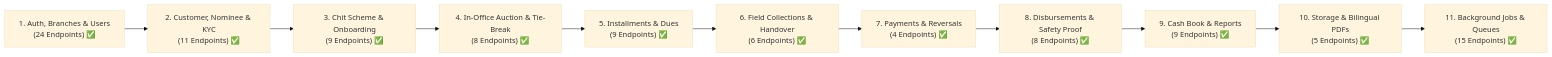
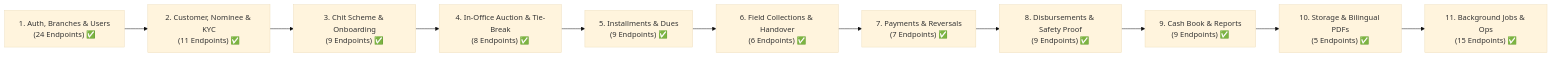
Before and after one commit to Kathir-24/Kumaran-finance: the second of 2 diagrams in apps/api/scripts/docs/master-live-server-e2e-verification-plan.md, drawn with Mermaid (base theme). The commit also changed other lines of this file and 4 other files, not shown here.

````diff
--- a/apps/api/scripts/docs/master-live-server-e2e-verification-plan.md
+++ b/apps/api/scripts/docs/master-live-server-e2e-verification-plan.md
@@ -68,13 +59,13 @@
 ```mermaid
 flowchart LR
     S1["1. Auth, Branches & Users\n(24 Endpoints) ✅"] --> S2["2. Customer, Nominee & KYC\n(11 Endpoints) ✅"]
     S2 --> S3["3. Chit Scheme & Onboarding\n(9 Endpoints) ✅"]
     S3 --> S4["4. In-Office Auction & Tie-Break\n(8 Endpoints) ✅"]
     S4 --> S5["5. Installments & Dues\n(9 Endpoints) ✅"]
     S5 --> S6["6. Field Collections & Handover\n(6 Endpoints) ✅"]
-    S6 --> S7["7. Payments & Reversals\n(4 Endpoints) ✅"]
-    S7 --> S8["8. Disbursements & Safety Proof\n(8 Endpoints) ✅"]
+    S6 --> S7["7. Payments & Reversals\n(7 Endpoints) ✅"]
+    S7 --> S8["8. Disbursements & Safety Proof\n(9 Endpoints) ✅"]
     S8 --> S9["9. Cash Book & Reports\n(9 Endpoints) ✅"]
     S9 --> S10["10. Storage & Bilingual PDFs\n(5 Endpoints) ✅"]
-    S10 --> S11["11. Background Jobs & Queues\n(15 Endpoints) ✅"]
+    S10 --> S11["11. Background Jobs & Ops\n(15 Endpoints) ✅"]
 ```
````
